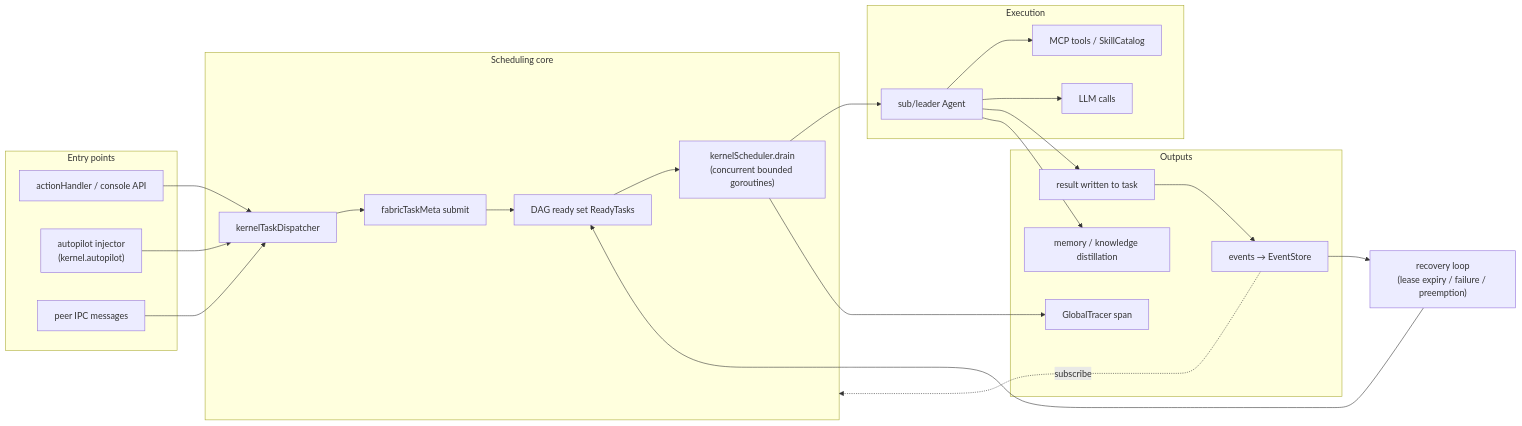
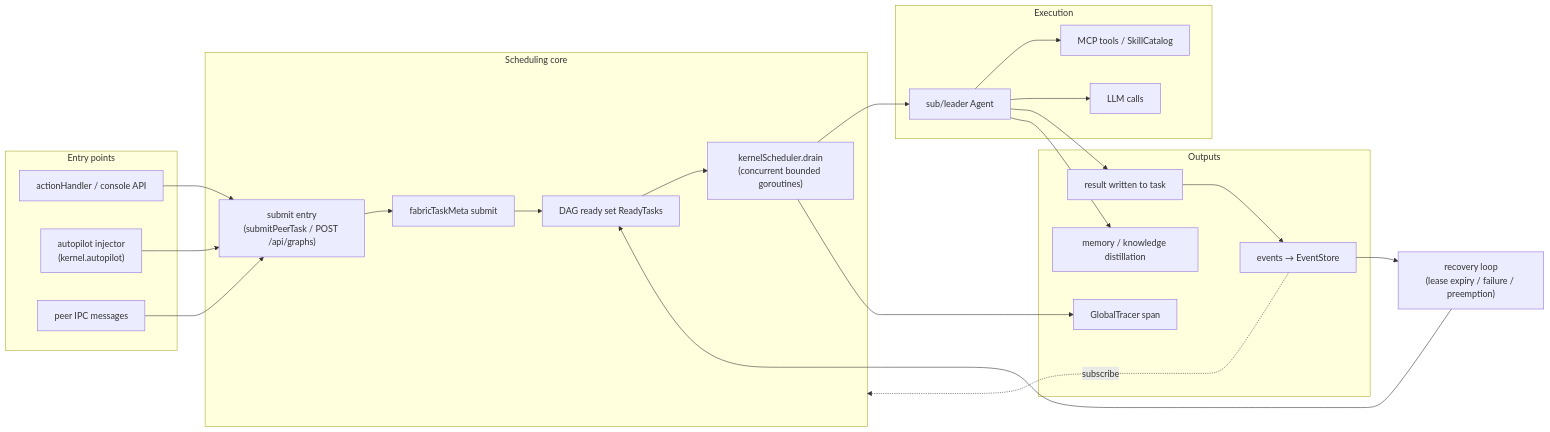
The second of 5 diagrams in docs/en/architecture/ares-architecture.md (Timwood0x10/ARES), drawn with Mermaid before and after one commit. The commit also changed other lines of this file and 25 other files, not shown here.

Commit message:
refactor(kernel, agentipc, docs): Remove the kernel-bridge dispatcher (which had no production callers); unify task submission via the HTTP path and kernelScheduler.

````diff
--- a/docs/en/architecture/ares-architecture.md
+++ b/docs/en/architecture/ares-architecture.md
@@ -71,44 +71,44 @@
 ```mermaid
 flowchart LR
     subgraph IN["Entry points"]
         API["actionHandler / console API"]
         AUTOP["autopilot injector<br/>(kernel.autopilot)"]
         IPCIN["peer IPC messages"]
     end
 
     subgraph KERNEL["Scheduling core"]
-        DISP["kernelTaskDispatcher"]
+        DISP["submit entry<br/>(submitPeerTask / POST /api/graphs)"]
         DAG["DAG ready set ReadyTasks"]
         SCH2["kernelScheduler.drain<br/>(concurrent bounded goroutines)"]
         SUB["fabricTaskMeta submit"]
     end
 
     subgraph EXEC["Execution"]
         AG["sub/leader Agent"]
         TOOL["MCP tools / SkillCatalog"]
         LLM2["LLM calls"]
     end
 
     subgraph OUT["Outputs"]
         RES["result written to task"]
         EVOUT["events → EventStore"]
         TRACE["GlobalTracer span"]
         MEMOUT["memory / knowledge distillation"]
     end
 
     API --> DISP
     AUTOP --> DISP
     IPCIN --> DISP
     DISP --> SUB --> DAG
     DAG --> SCH2
     SCH2 --> AG
     AG --> TOOL & LLM2
     AG --> RES
     RES --> EVOUT
     SCH2 --> TRACE
     AG --> MEMOUT
 
     EVOUT -. "subscribe" .-> KERNEL
     EVOUT --> AR["recovery loop<br/>(lease expiry / failure / preemption)"]
     AR --> DAG
 ```
````
